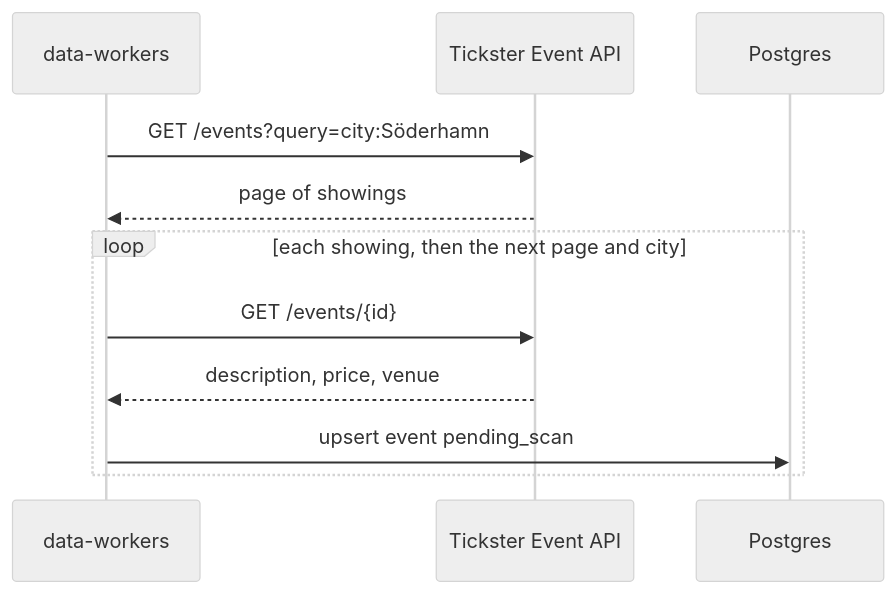
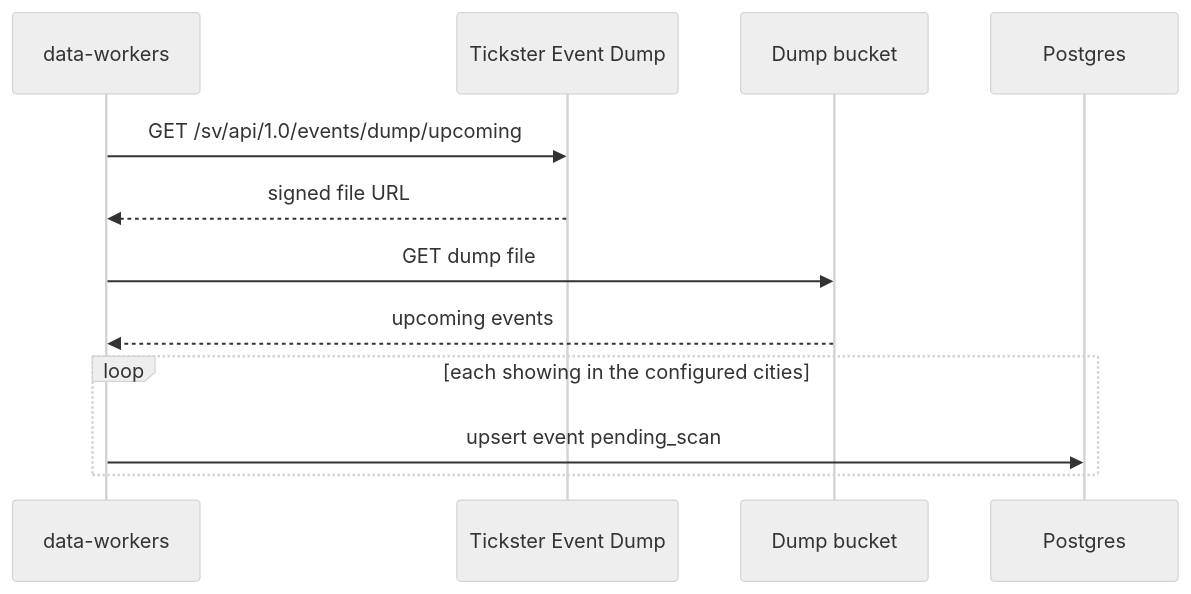
The diagram in docs/flows/tickster.md (BradleySmallbottoms/evently), drawn with Mermaid (neutral theme) before and after one commit. The commit also changed other lines of this file and 9 other files, not shown here.

First line of the commit message:
Update Tickster integration to use Event Dump API

````diff
--- a/docs/flows/tickster.md
+++ b/docs/flows/tickster.md
@@ -28,13 +31,14 @@
 ```mermaid
 sequenceDiagram
   participant Runner as data-workers
-  participant API as Tickster Event API
+  participant API as Tickster Event Dump
+  participant S3 as Dump bucket
   participant DB as Postgres
-  Runner->>API: GET /events?query=city:Söderhamn
-  API-->>Runner: page of showings
-  loop each showing, then the next page and city
-    Runner->>API: GET /events/{id}
-    API-->>Runner: description, price, venue
+  Runner->>API: GET /sv/api/1.0/events/dump/upcoming
+  API-->>Runner: signed file URL
+  Runner->>S3: GET dump file
+  S3-->>Runner: upcoming events
+  loop each showing in the configured cities
     Runner->>DB: upsert event pending_scan
   end
 ```
````
